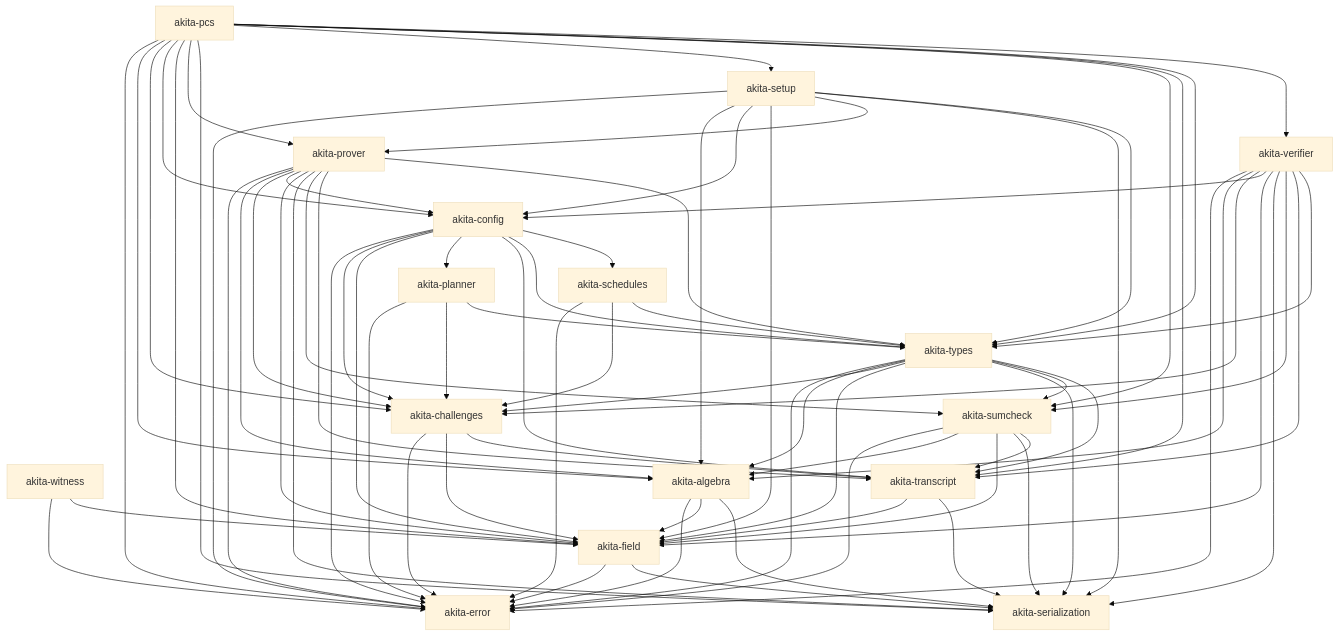
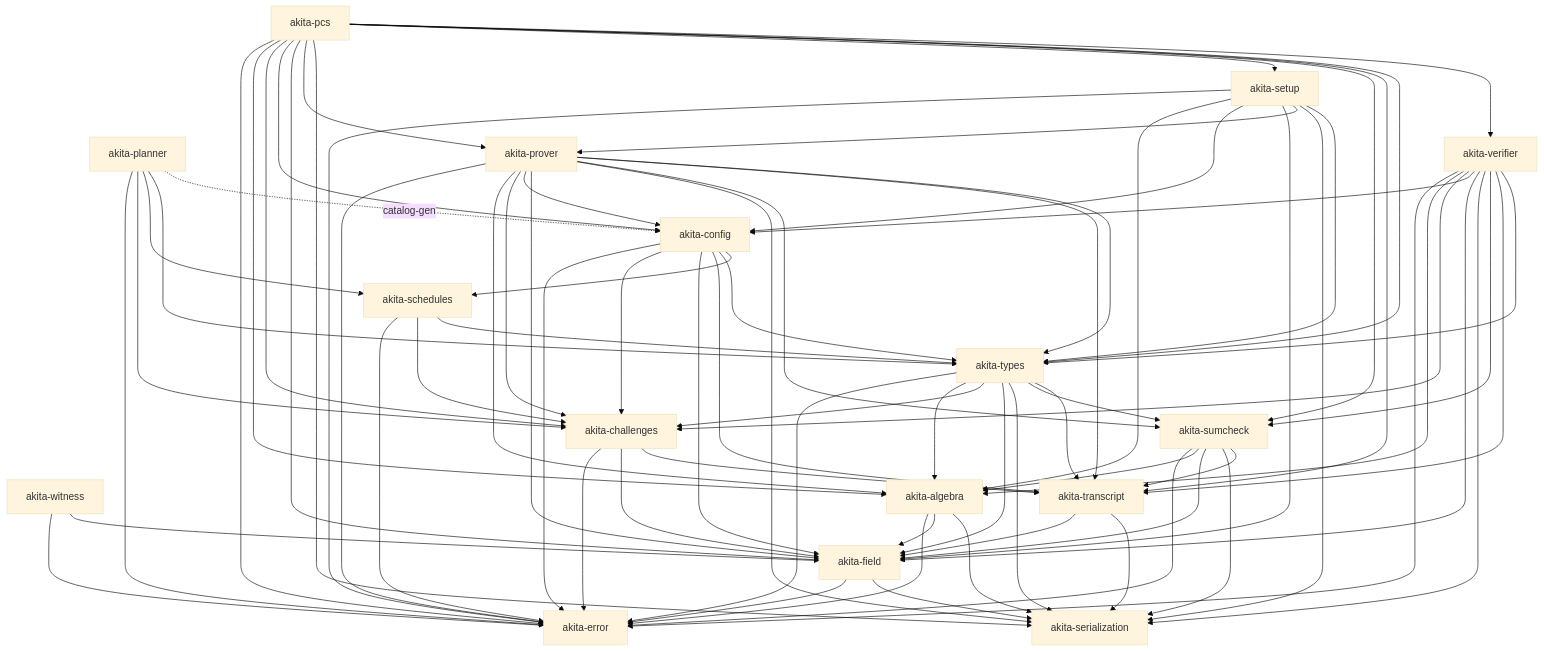
Before and after one commit to LayerZero-Labs/akita: the diagram in docs/crate-graph.md, drawn with Mermaid (base theme). The commit also changed other lines of this file and 4 other files, not shown here.

```diff
--- a/docs/crate-graph.md
+++ b/docs/crate-graph.md
@@ -77,14 +77,15 @@
   Types --> Transcript
   Planner --> Error
   Planner --> Challenges
+  Planner --> Schedules
   Planner --> Types
+  Planner -. catalog-gen .-> Config
   Schedules --> Error
   Schedules --> Challenges
   Schedules --> Types
   Config --> Error
   Config --> Challenges
   Config --> Field
-  Config --> Planner
   Config --> Transcript
   Config --> Types
   Config --> Schedules
```
